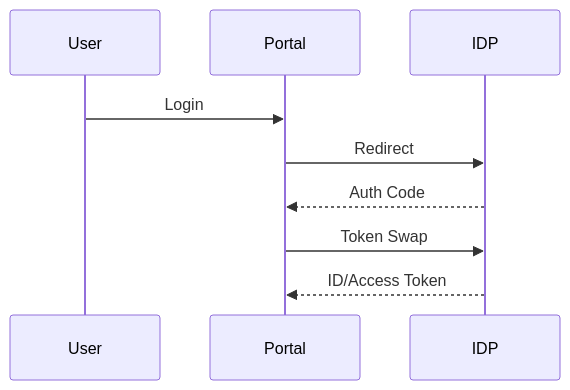
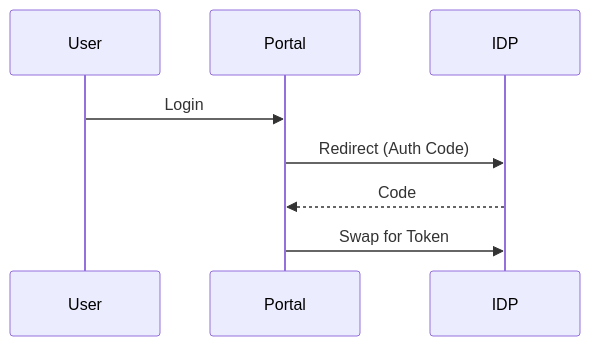
Before and after one commit to Devopstrio/identity-security-scorecard: diagram 16 of 30 in README.md, drawn with Mermaid. The commit also changed other lines of this file, not shown here.

Commit message:
docs: finalize premium institutional-grade README with 30+ diagrams and executive summary

````diff
--- a/README.md
+++ b/README.md
@@ -234,8 +233,7 @@
 ```mermaid
 sequenceDiagram
     User->>Portal: Login
-    Portal->>IDP: Redirect
-    IDP-->>Portal: Auth Code
-    Portal->>IDP: Token Swap
-    IDP-->>Portal: ID/Access Token
+    Portal->>IDP: Redirect (Auth Code)
+    IDP-->>Portal: Code
+    Portal->>IDP: Swap for Token
 ```
````
